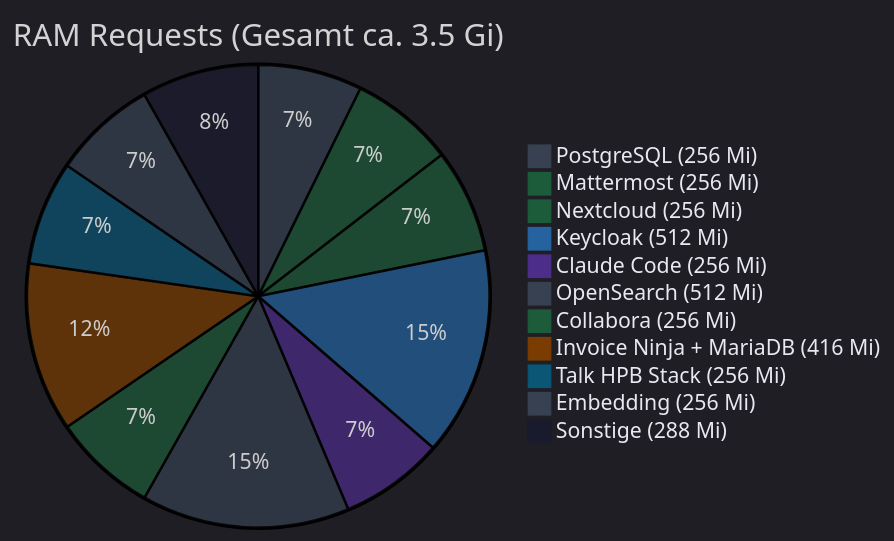
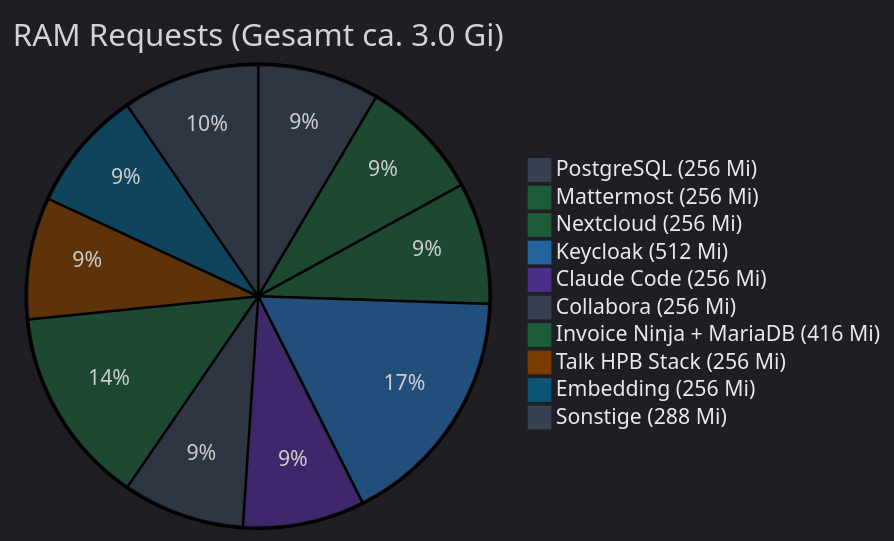
The diagram in docs/services.md (Paddione/Bachelorprojekt), drawn with Mermaid before and after one commit. The commit also changed other lines of this file and 7 other files, not shown here.

First line of the commit message:
docs: remove OpenSearch and Outline references from docs

````diff
--- a/docs/services.md
+++ b/docs/services.md
@@ -358,15 +328,14 @@
 ```mermaid
-%%{init: {'theme': 'dark', 'themeVariables': {'background': '#1a2235', 'mainBkg': '#1a2235', 'pie1': '#374151', 'pie2': '#1d5c3a', 'pie3': '#1d5c3a', 'pie4': '#2563a0', 'pie5': '#4c2d8a', 'pie6': '#374151', 'pie7': '#1d5c3a', 'pie8': '#7a3c00', 'pie9': '#0b5575', 'pie10': '#374151', 'pie11': '#1a1a2e', 'pieTextColor': '#e8e8f0', 'pieLegendTextColor': '#e8e8f0', 'pieLabelTextColor': '#e8e8f0'}}}%%
-pie title RAM Requests (Gesamt ca. 3.5 Gi)
+%%{init: {'theme': 'dark', 'themeVariables': {'background': '#1a2235', 'mainBkg': '#1a2235', 'pie1': '#374151', 'pie2': '#1d5c3a', 'pie3': '#1d5c3a', 'pie4': '#2563a0', 'pie5': '#4c2d8a', 'pie6': '#374151', 'pie7': '#1d5c3a', 'pie8': '#7a3c00', 'pie9': '#0b5575', 'pie10': '#374151', 'pieTextColor': '#e8e8f0', 'pieLegendTextColor': '#e8e8f0', 'pieLabelTextColor': '#e8e8f0'}}}%%
+pie title RAM Requests (Gesamt ca. 3.0 Gi)
     "PostgreSQL (256 Mi)" : 256
     "Mattermost (256 Mi)" : 256
     "Nextcloud (256 Mi)" : 256
     "Keycloak (512 Mi)" : 512
     "Claude Code (256 Mi)" : 256
-    "OpenSearch (512 Mi)" : 512
     "Collabora (256 Mi)" : 256
     "Invoice Ninja + MariaDB (416 Mi)" : 416
     "Talk HPB Stack (256 Mi)" : 256
     "Embedding (256 Mi)" : 256
     "Sonstige (288 Mi)" : 288
 ```
````
